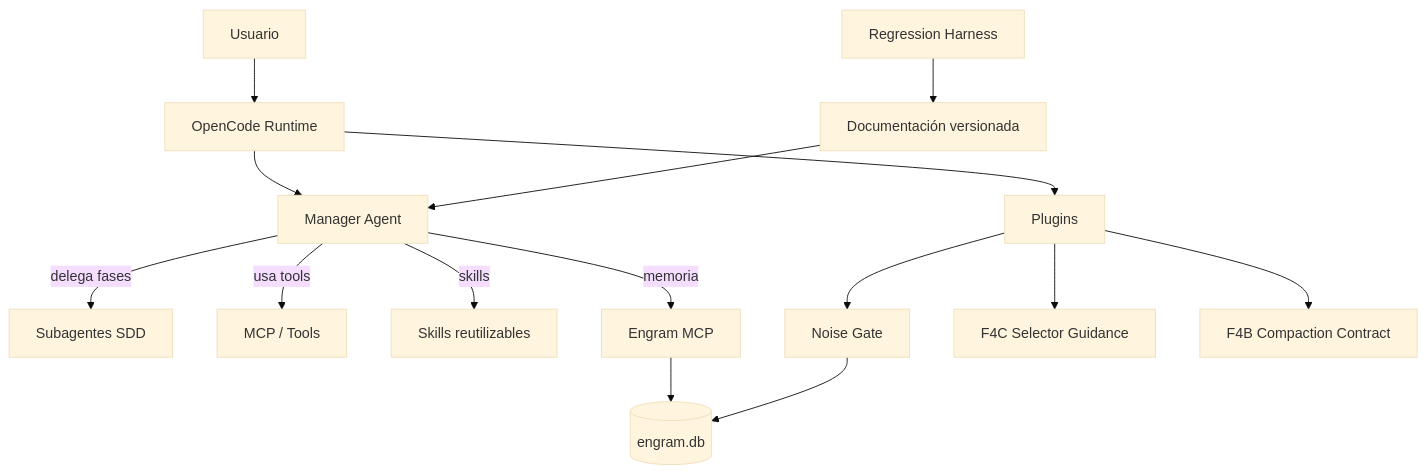
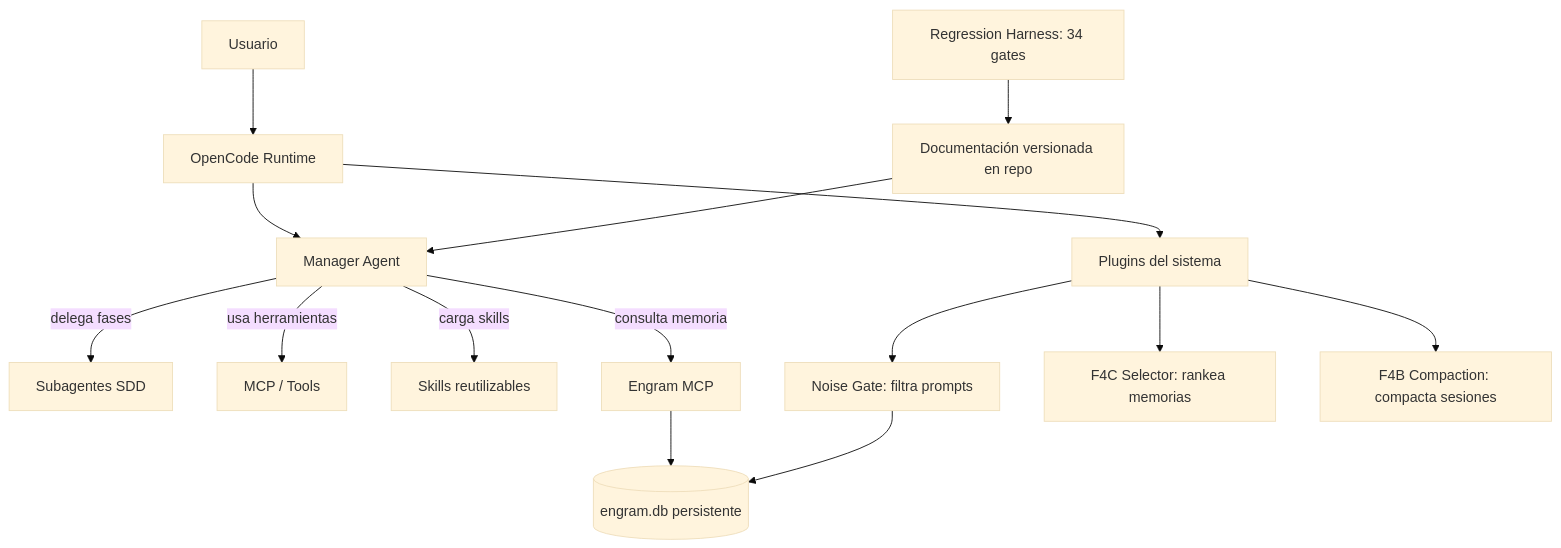
Before and after one commit to harrysxavio/opencode-architecture: the first of 10 diagrams in README.md, drawn with Mermaid (base theme). The commit also changed other lines of this file and 3 other files, not shown here.

````diff
--- a/README.md
+++ b/README.md
@@ -111,17 +112,22 @@
 ```mermaid
 flowchart TD
     U[Usuario] --> OC[OpenCode Runtime]
     OC --> M[Manager Agent]
+
     M -->|delega fases| SDD[Subagentes SDD]
-    M -->|usa tools| MCP[MCP / Tools]
-    M -->|skills| SK[Skills reutilizables]
-    M -->|memoria| EG[Engram MCP]
-    EG --> DB[(engram.db)]
-    OC --> PL[Plugins]
-    PL --> NG[Noise Gate]
-    PL --> F4C[F4C Selector Guidance]
-    PL --> F4B[F4B Compaction Contract]
+    M -->|usa herramientas| MCP[MCP / Tools]
+    M -->|carga skills| SK[Skills reutilizables]
+    M -->|consulta memoria| EG[Engram MCP]
+
+    EG --> DB[(engram.db persistente)]
+
+    OC --> PL[Plugins del sistema]
+    PL --> NG[Noise Gate: filtra prompts]
+    PL --> F4C[F4C Selector: rankea memorias]
+    PL --> F4B[F4B Compaction: compacta sesiones]
+
     NG --> DB
-    DOCS[Documentación versionada] --> M
-    TESTS[Regression Harness] --> DOCS
+
+    DOCS[Documentación versionada en repo] --> M
+    TESTS[Regression Harness: 34 gates] --> DOCS
 ```
````
